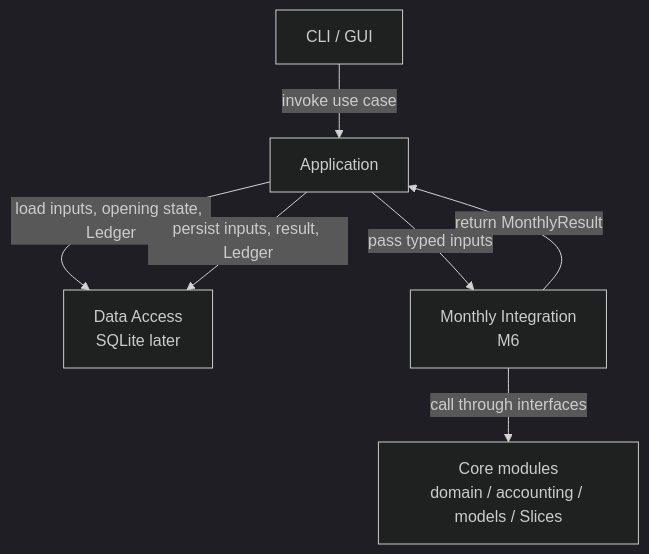
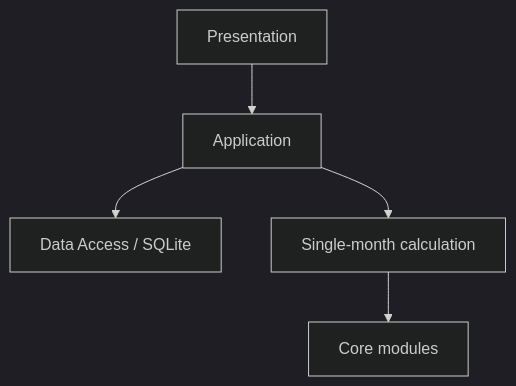
Before and after one commit to bearfighting/property-simulator: the diagram in docs/architecture.md, drawn with Mermaid (dark theme). The commit also changed other lines of this file and 43 other files, not shown here.

Commit message:
Consolidate application and data access design docs

````diff
--- a/docs/architecture.md
+++ b/docs/architecture.md
@@ -132,9 +5,7 @@
 ```mermaid
 flowchart TD
-    UI[CLI / GUI] -->|invoke use case| App[Application]
-    App -->|load inputs, opening state, Ledger| DA[Data Access<br/>SQLite later]
-    App -->|pass typed inputs| MI[Monthly Integration<br/>M6]
-    MI -->|call through interfaces| Core[Core modules<br/>domain / accounting / models / Slices]
-    MI -->|return MonthlyResult| App
-    App -->|persist inputs, result, Ledger| DA
+    UI[Presentation] --> App[Application]
+    App --> DA[Data Access / SQLite]
+    App --> MI[Single-month calculation]
+    MI --> Core[Core modules]
 ```
````
